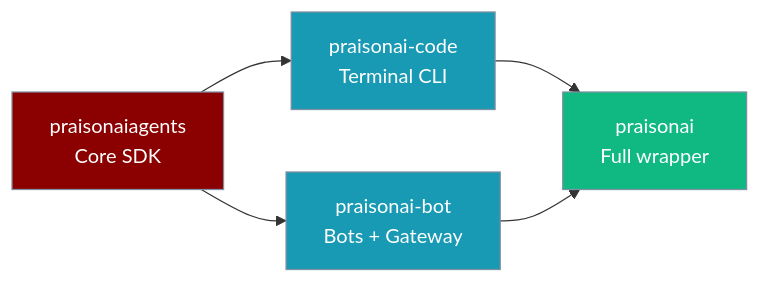
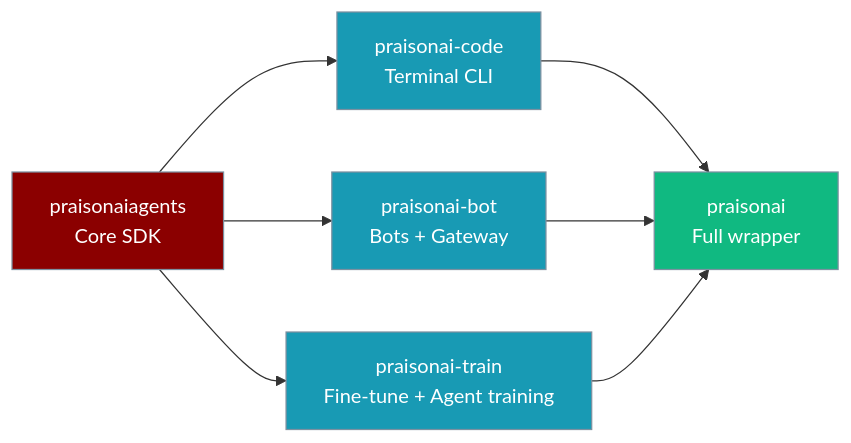
Before and after one commit to MervinPraison/PraisonAIDocs: the first of 3 diagrams in docs/features/architecture-tiers.mdx, drawn with Mermaid. The commit also changed other lines of this file and 5 other files, not shown here.

First line of the commit message:
docs: align training pages with C10 praisonai-train package extraction (fixes #1966)

````diff
--- a/docs/features/architecture-tiers.mdx
+++ b/docs/features/architecture-tiers.mdx
@@ -10,11 +10,13 @@
 ```mermaid
 graph LR
     A[praisonaiagents\nCore SDK]:::sdk --> B[praisonai-code\nTerminal CLI]:::runtime
     A --> C[praisonai-bot\nBots + Gateway]:::runtime
+    A --> E[praisonai-train\nFine-tune + Agent training]:::runtime
     B --> D[praisonai\nFull wrapper]:::wrapper
     C --> D
+    E --> D
 
     classDef sdk fill:#8B0000,stroke:#7C90A0,color:#fff
     classDef runtime fill:#189AB4,stroke:#7C90A0,color:#fff
     classDef wrapper fill:#10B981,stroke:#7C90A0,color:#fff
 ```
````
